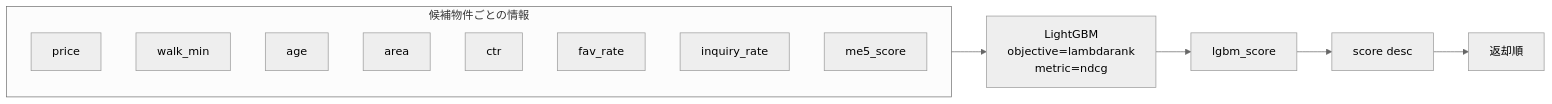
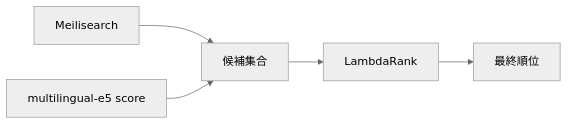
The third of 4 diagrams in 3/study-hybrid-search-local/docs/教育資料/05_図解.md (kurosawa-kuro/study-gcp-mlops), drawn with Mermaid (neutral theme) before and after one commit. The commit also changed other lines of this file and 18 other files, not shown here.

````diff
--- a/3/study-hybrid-search-local/docs/教育資料/05_図解.md
+++ b/3/study-hybrid-search-local/docs/教育資料/05_図解.md
@@ -116,18 +39,7 @@
 ```mermaid
 flowchart LR
-    subgraph Candidate["候補物件ごとの情報"]
-        A[price]
-        B[walk_min]
-        C[age]
-        D[area]
-        E[ctr]
-        F[fav_rate]
-        G[inquiry_rate]
-        H[me5_score]
-    end
-
-    Candidate --> LGBM["LightGBM<br/>objective=lambdarank<br/>metric=ndcg"]
-    LGBM --> Score[lgbm_score]
-    Score --> Sort[score desc]
-    Sort --> Top[返却順]
+    A[Meilisearch] --> C[候補集合]
+    B[multilingual-e5 score] --> C
+    C --> LGBM[LambdaRank]
+    LGBM --> Out[最終順位]
 ```
````
